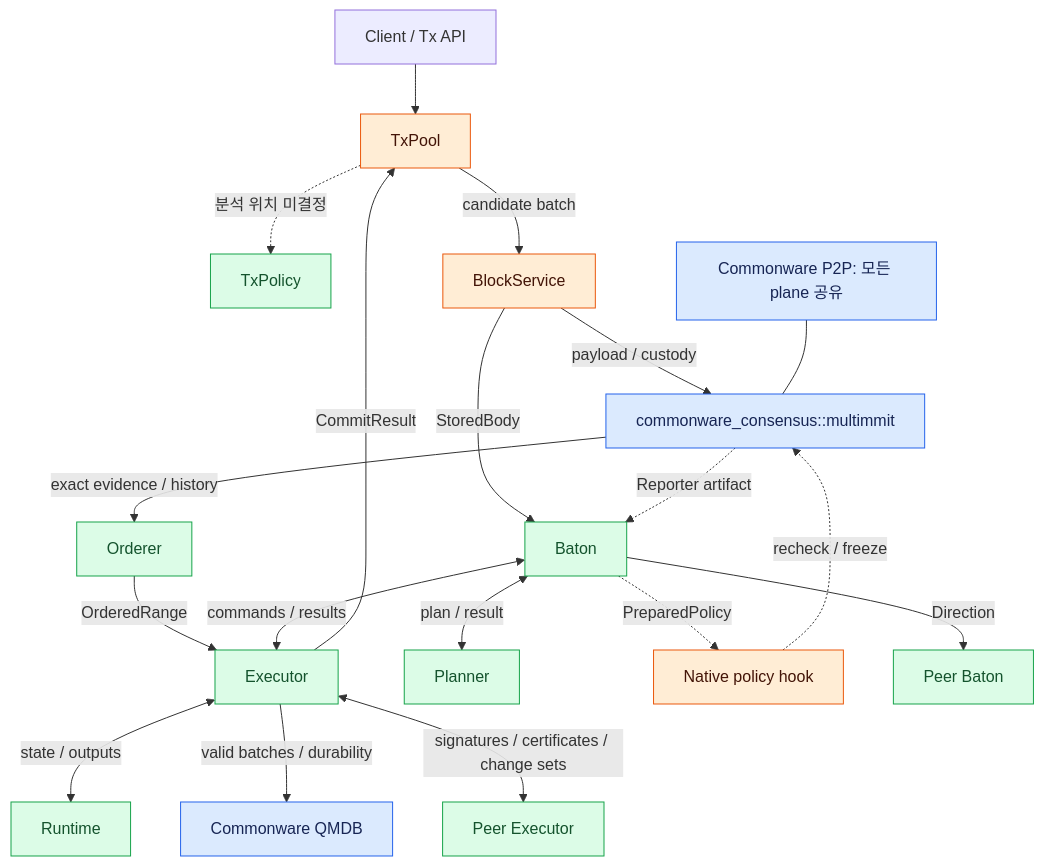
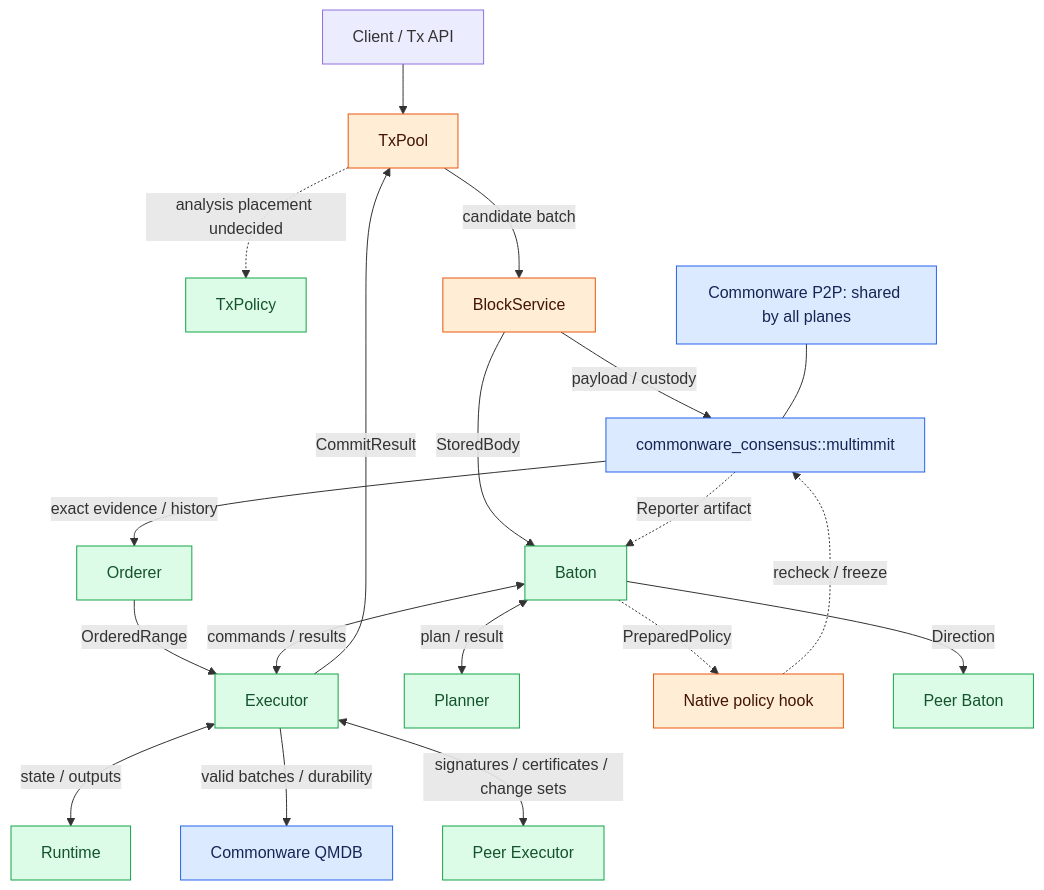
The diagram in docs/overview/architecture.md (djm07073/baton-research), drawn with Mermaid before and after one commit. The commit also changed other lines of this file and 99 other files, not shown here.

````diff
--- a/docs/overview/architecture.md
+++ b/docs/overview/architecture.md
@@ -11,27 +11,27 @@
 ```mermaid
 flowchart TB
     C[Client / Tx API] --> T[TxPool]
-    T -. 분석 위치 미결정 .-> X[TxPolicy]
+    T -. analysis placement undecided .-> X[TxPolicy]
     T -->|candidate batch| B[BlockService]
     B -->|payload / custody| N[commonware_consensus::multimmit]
     N -->|exact evidence / history| M[Orderer]
     B -->|StoredBody| O[Baton]
     N -. Reporter artifact .-> O
     M -->|OrderedRange| E
     O <-->|plan / result| P[Planner]
     O -. PreparedPolicy .-> H[Native policy hook]
     H -. recheck / freeze .-> N
     O -->|Direction| PE[Peer Baton]
     O <-->|commands / results| E[Executor]
     E <-->|state / outputs| R[Runtime]
     E -->|valid batches / durability| S[Commonware QMDB]
     E <-->|signatures / certificates / change sets| V[Peer Executor]
     E -->|CommitResult| T
-    NET[Commonware P2P: 모든 plane 공유] --- N
+    NET[Commonware P2P: shared by all planes] --- N
     classDef reuse fill:#dbeafe,stroke:#2563eb,color:#172554;
     classDef adapt fill:#ffedd5,stroke:#ea580c,color:#431407;
     classDef new fill:#dcfce7,stroke:#16a34a,color:#14532d;
     class N,NET,S reuse;
     class T,B,H adapt;
     class X,M,O,P,PE,E,R,V new;
 ```
````
